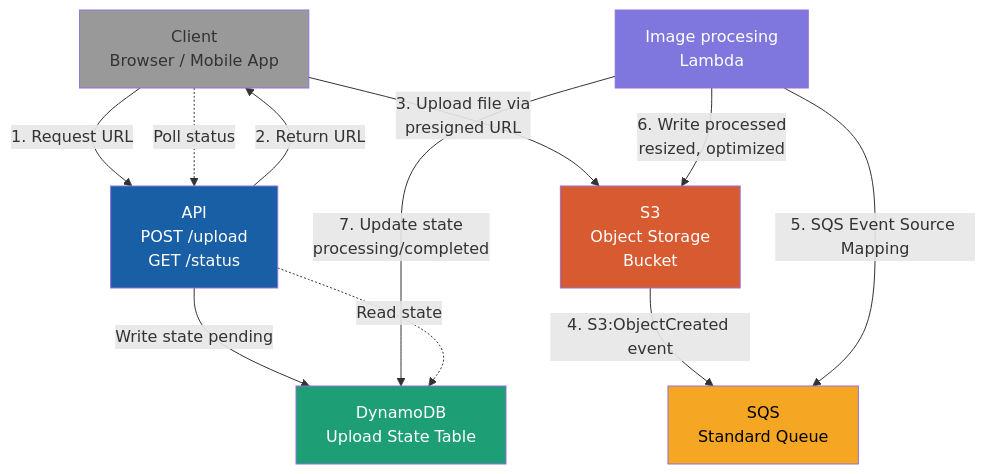
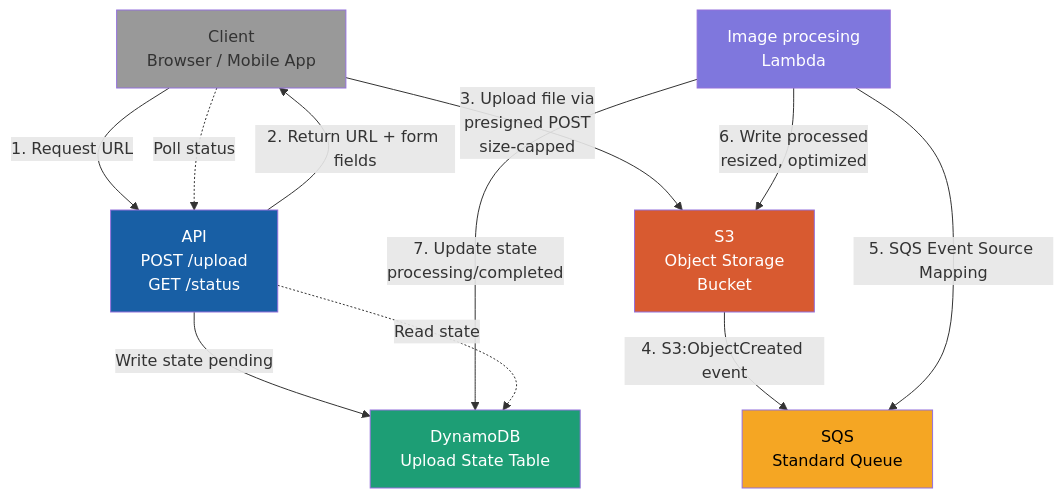
The first of 2 diagrams in docs/design.md (Valken/image-processor), drawn with Mermaid before and after one commit. The commit also changed other lines of this file, not shown here.

First line of the commit message:
docs: Record handler layout and presigned POST upload decisions

````diff
--- a/docs/design.md
+++ b/docs/design.md
@@ -41,32 +59,32 @@
 ```mermaid
 graph TB
     Client["Client<br/>Browser / Mobile App"]
     API["API<br/>POST /upload<br/>GET /status"]
     DDB["DynamoDB<br/>Upload State Table"]
     S3["S3<br/>Object Storage<br/>Bucket"]
     SQS["SQS<br/>Standard Queue"]
     Lambda["Image procesing<br/>Lambda"]
 
     Client -->|1. Request URL| API
     API -->|Write state pending| DDB
-    API -->|2. Return URL| Client
+    API -->|2. Return URL + form fields| Client
 
-    Client -->|3. Upload file via<br/>presigned URL| S3
+    Client -->|3. Upload file via<br/>presigned POST<br/>size-capped| S3
 
     S3 -->|4. S3:ObjectCreated event| SQS
 
     Lambda -->|5. SQS Event Source Mapping| SQS
 
     Lambda -->|6. Write processed<br/>resized, optimized| S3
     Lambda -->|7. Update state<br/>processing/completed| DDB
 
     Client -.->|Poll status| API
     API -.->|Read state| DDB
 
     style Client fill:#999
     style API fill:#185FA5,color:#fff
     style DDB fill:#1D9E75,color:#fff
     style S3 fill:#D85A30,color:#fff
     style SQS fill:#F5A623,color:#000
     style Lambda fill:#7F77DD,color:#fff
 ```
````
